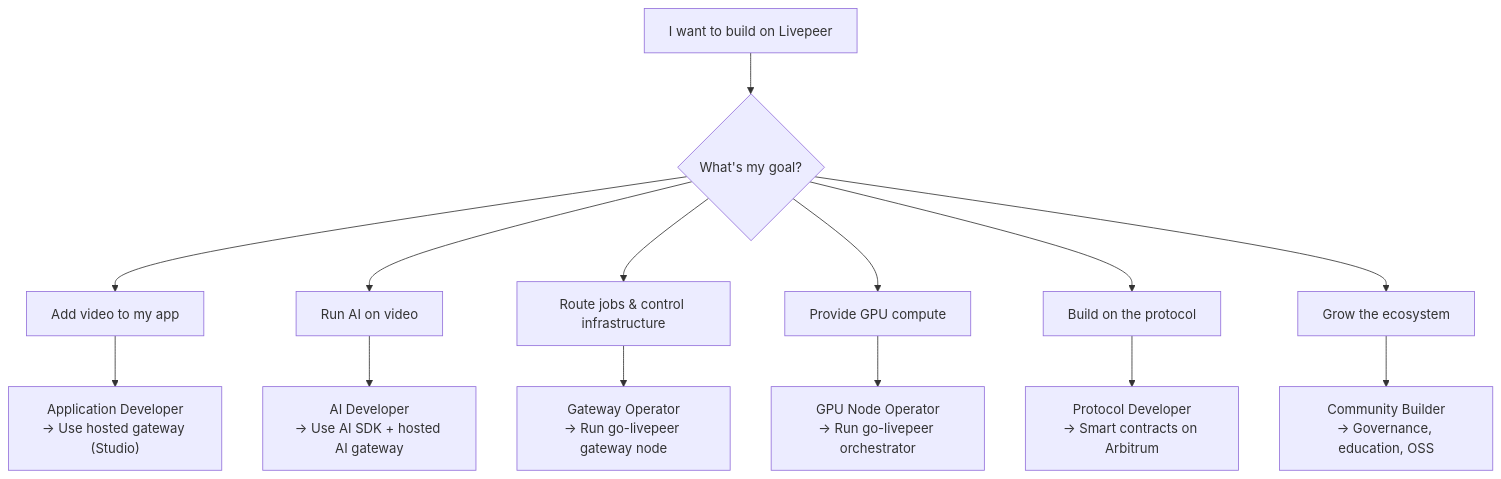
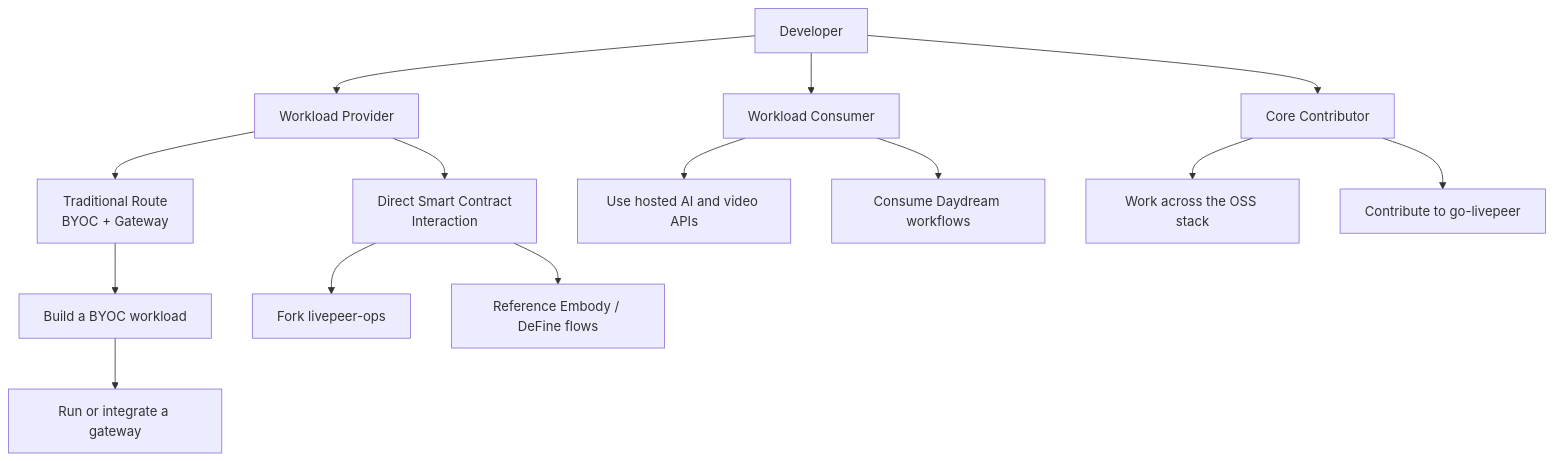
The diagram in v2/developers/developer-journey.mdx (sidestream-tech/livepeer-docs), drawn with Mermaid before and after one commit. The commit also changed other lines of this file and 7 other files, not shown here.

````diff
--- a/v2/developers/developer-journey.mdx
+++ b/v2/developers/developer-journey.mdx
@@ -146,18 +157,21 @@
 ```mermaid
 flowchart TD
-    A["I want to build on Livepeer"] --> B{"What's my goal?"}
+    Start["Developer"] --> WP["Workload Provider"]
+    Start --> WC["Workload Consumer"]
+    Start --> CC["Core Contributor"]
 
-    B --> C["Add video to my app"]
-    B --> D["Run AI on video"]
-    B --> E["Route jobs & control infrastructure"]
-    B --> F["Provide GPU compute"]
-    B --> G["Build on the protocol"]
-    B --> H["Grow the ecosystem"]
+    WP --> TR["Traditional Route\nBYOC + Gateway"]
+    WP --> SC["Direct Smart Contract\nInteraction"]
 
-    C --> C1["Application Developer\n→ Use hosted gateway (Studio)"]
-    D --> D1["AI Developer\n→ Use AI SDK + hosted AI gateway"]
-    E --> E1["Gateway Operator\n→ Run go-livepeer gateway node"]
-    F --> F1["GPU Node Operator\n→ Run go-livepeer orchestrator"]
-    G --> G1["Protocol Developer\n→ Smart contracts on Arbitrum"]
-    H --> H1["Community Builder\n→ Governance, education, OSS"]
+    TR --> BYOC["Build a BYOC workload"]
+    BYOC --> GW["Run or integrate a gateway"]
+
+    SC --> OPS["Fork livepeer-ops"]
+    SC --> EMB["Reference Embody / DeFine flows"]
+
+    WC --> AI["Use hosted AI and video APIs"]
+    WC --> DD["Consume Daydream workflows"]
+
+    CC --> OSS["Work across the OSS stack"]
+    CC --> GL["Contribute to go-livepeer"]
 ```
````
